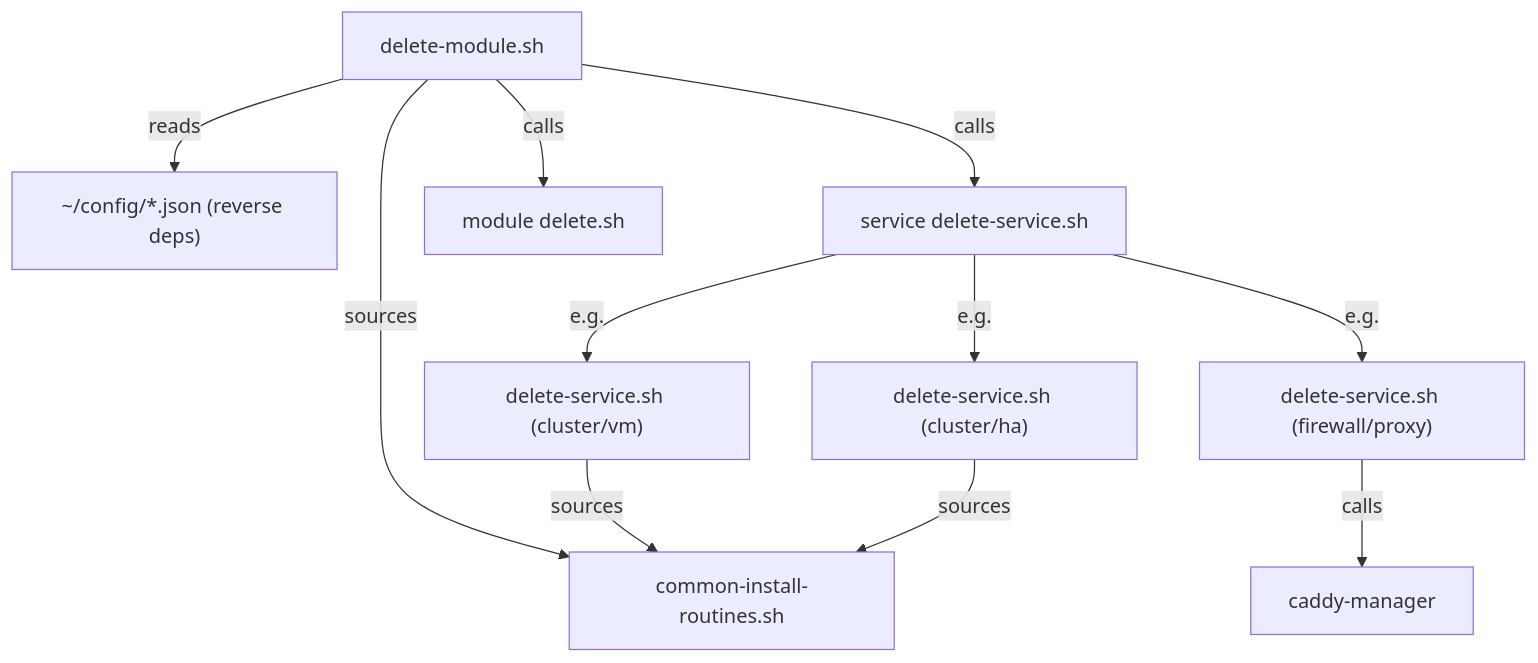
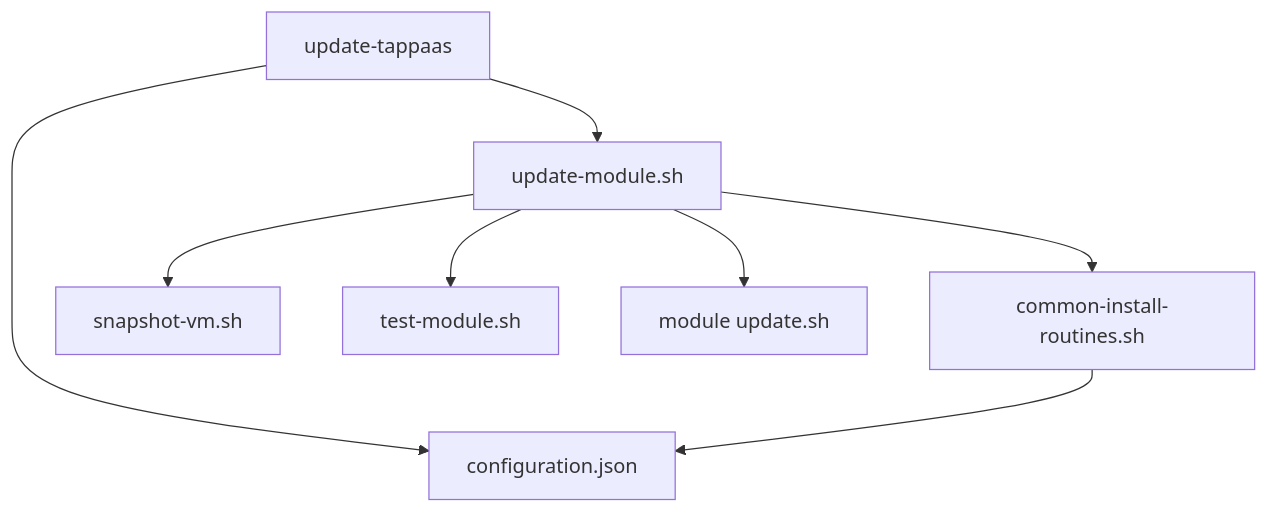
The third of 9 diagrams in src/foundation/DEPENDENCIES.md (TAPPaaS/TAPPaaS), drawn with Mermaid before and after one commit. The commit also changed other lines of this file and 44 other files, not shown here.

Commit message:
close #106 close #108 : updated configuration.json and node name handling

````diff
--- a/src/foundation/DEPENDENCIES.md
+++ b/src/foundation/DEPENDENCIES.md
@@ -168,16 +176,10 @@
 ```mermaid
 graph TD
-    A[delete-module.sh] -->|sources| B[common-install-routines.sh]
-    A -->|reads| C["~/config/*.json (reverse deps)"]
-    A -->|calls| D["service delete-service.sh"]
-    A -->|calls| E["module delete.sh"]
-
-    D -->|e.g.| F["delete-service.sh (cluster/vm)"]
-    D -->|e.g.| G["delete-service.sh (cluster/ha)"]
-    D -->|e.g.| H["delete-service.sh (firewall/proxy)"]
-
-    H -->|calls| CM[caddy-manager]
-
-    F -->|sources| B
-    G -->|sources| B
+    A["update-tappaas"] --> B["configuration.json"]
+    A --> C["update-module.sh"]
+    C --> D["common-install-routines.sh"]
+    C --> E["snapshot-vm.sh"]
+    C --> F["test-module.sh"]
+    C --> G["module update.sh"]
+    D --> B
 ```
````
